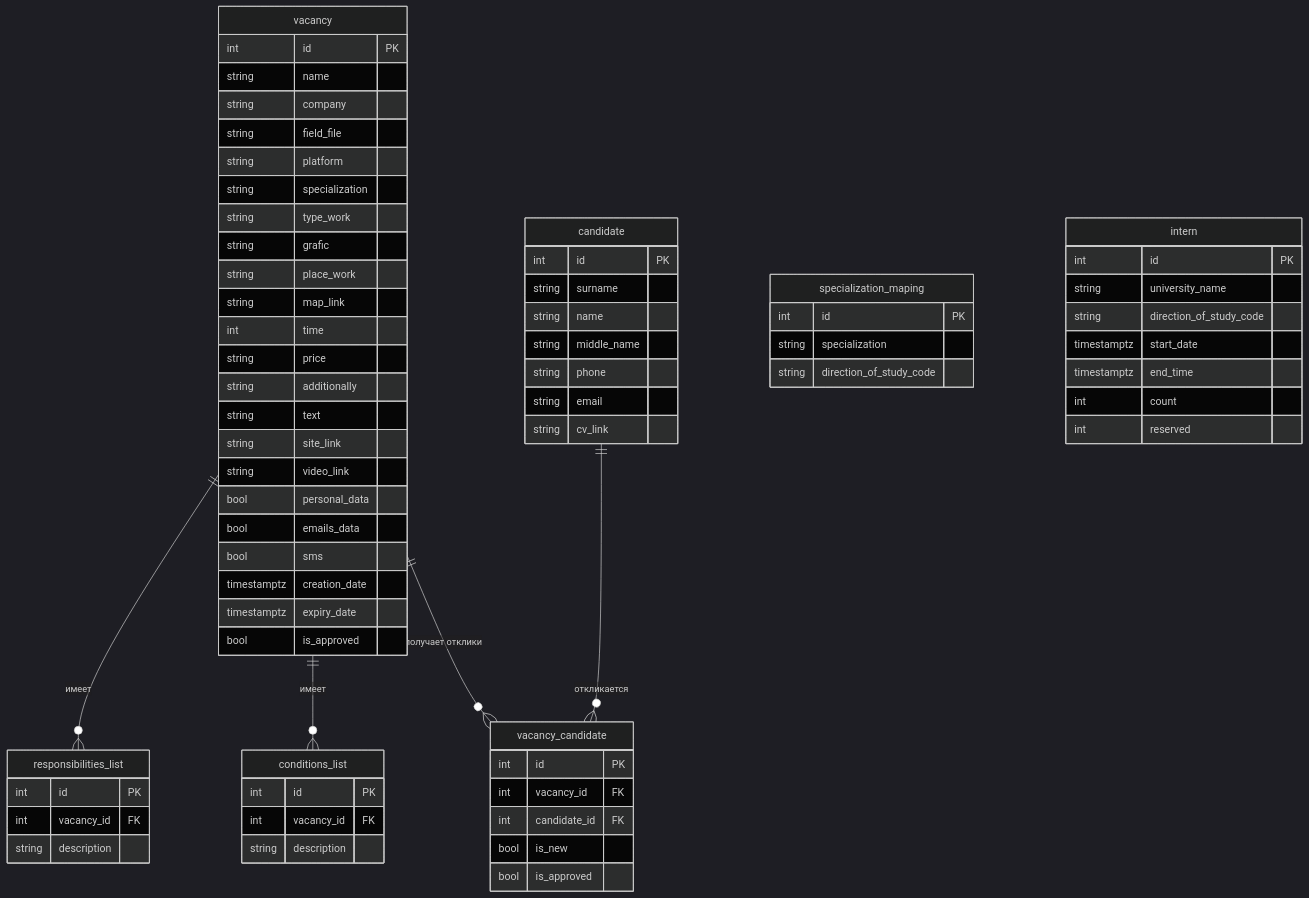
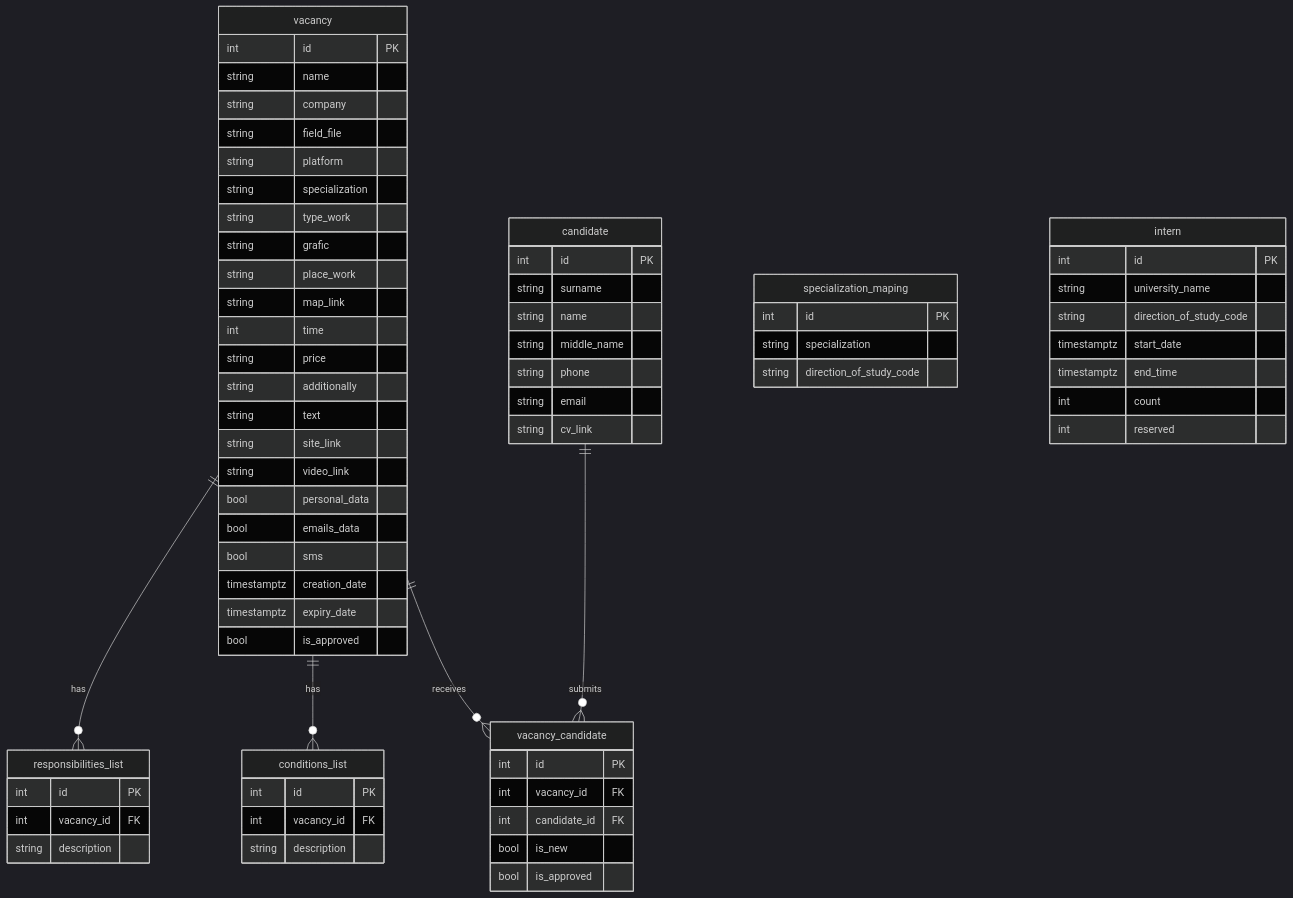
One commit to MixKage/VECTOR changed the diagram in backend/README.md. Above: the diagram before and after it, drawn with Mermaid (dark theme). The commit also changed other lines of this file and 10 other files, not shown here.

````diff
--- a/backend/README.md
+++ b/backend/README.md
@@ -36,78 +33,78 @@
 ```mermaid
 erDiagram
     vacancy {
         int id PK
         string name
         string company
         string field_file
         string platform
         string specialization
         string type_work
         string grafic
         string place_work
         string map_link
         int time
         string price
         string additionally
         string text
         string site_link
         string video_link
         bool personal_data
         bool emails_data
         bool sms
         timestamptz creation_date
         timestamptz expiry_date
         bool is_approved
     }
 
     candidate {
         int id PK
         string surname
         string name
         string middle_name
         string phone
         string email
         string cv_link
     }
 
     responsibilities_list {
         int id PK
         int vacancy_id FK
         string description
     }
 
     conditions_list {
         int id PK
         int vacancy_id FK
         string description
     }
 
     vacancy_candidate {
         int id PK
         int vacancy_id FK
         int candidate_id FK
         bool is_new
         bool is_approved
     }
 
     specialization_maping {
         int id PK
         string specialization
         string direction_of_study_code
     }
 
     intern {
         int id PK
         string university_name
         string direction_of_study_code
         timestamptz start_date
         timestamptz end_time
         int count
         int reserved
     }
 
-    vacancy ||--o{ responsibilities_list : "имеет"
-    vacancy ||--o{ conditions_list : "имеет"
-    vacancy ||--o{ vacancy_candidate : "получает отклики"
-    candidate ||--o{ vacancy_candidate : "откликается"
+    vacancy ||--o{ responsibilities_list : has
+    vacancy ||--o{ conditions_list : has
+    vacancy ||--o{ vacancy_candidate : receives
+    candidate ||--o{ vacancy_candidate : submits
 ```
````
